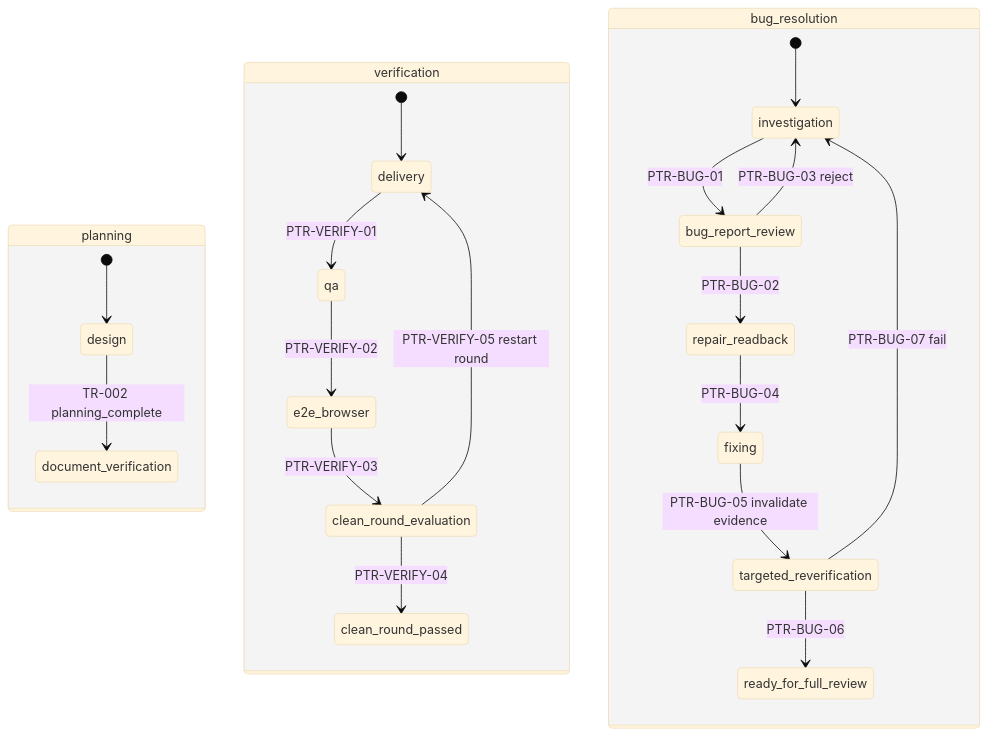
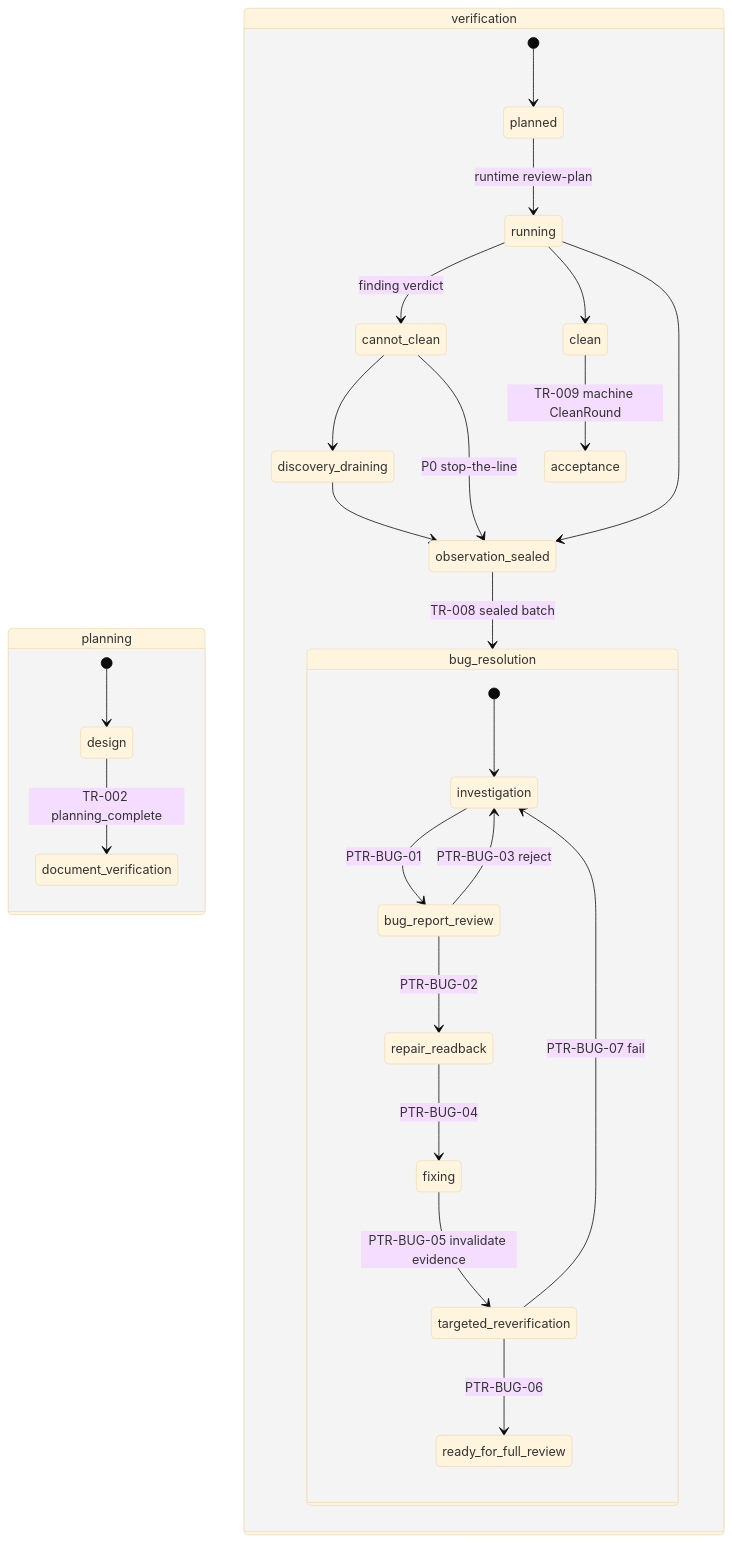
One commit to entroforge/go-system-builder changed the fifth of 7 diagrams in docs/README.md. Above: the diagram before and after it, drawn with Mermaid (base theme). The commit also changed other lines of this file and 487 other files, not shown here.

````diff
--- a/docs/README.md
+++ b/docs/README.md
@@ -297,25 +311,29 @@
 ```mermaid
 stateDiagram-v2
     state planning {
         [*] --> design
         design --> document_verification: TR-002 planning_complete
     }
     state verification {
-        [*] --> delivery
-        delivery --> qa: PTR-VERIFY-01
-        qa --> e2e_browser: PTR-VERIFY-02
-        e2e_browser --> clean_round_evaluation: PTR-VERIFY-03
-        clean_round_evaluation --> clean_round_passed: PTR-VERIFY-04
-        clean_round_evaluation --> delivery: PTR-VERIFY-05 restart round
+        [*] --> planned
+        planned --> running: runtime review-plan
+        running --> cannot_clean: finding verdict
+        cannot_clean --> discovery_draining
+        running --> clean
+        discovery_draining --> observation_sealed
+        cannot_clean --> observation_sealed: P0 stop-the-line
+        running --> observation_sealed
+        observation_sealed --> bug_resolution: TR-008 sealed batch
+        clean --> acceptance: TR-009 machine CleanRound
     }
     state bug_resolution {
         [*] --> investigation
         investigation --> bug_report_review: PTR-BUG-01
         bug_report_review --> repair_readback: PTR-BUG-02
         bug_report_review --> investigation: PTR-BUG-03 reject
         repair_readback --> fixing: PTR-BUG-04
         fixing --> targeted_reverification: PTR-BUG-05 invalidate evidence
         targeted_reverification --> ready_for_full_review: PTR-BUG-06
         targeted_reverification --> investigation: PTR-BUG-07 fail
     }
 ```
````
